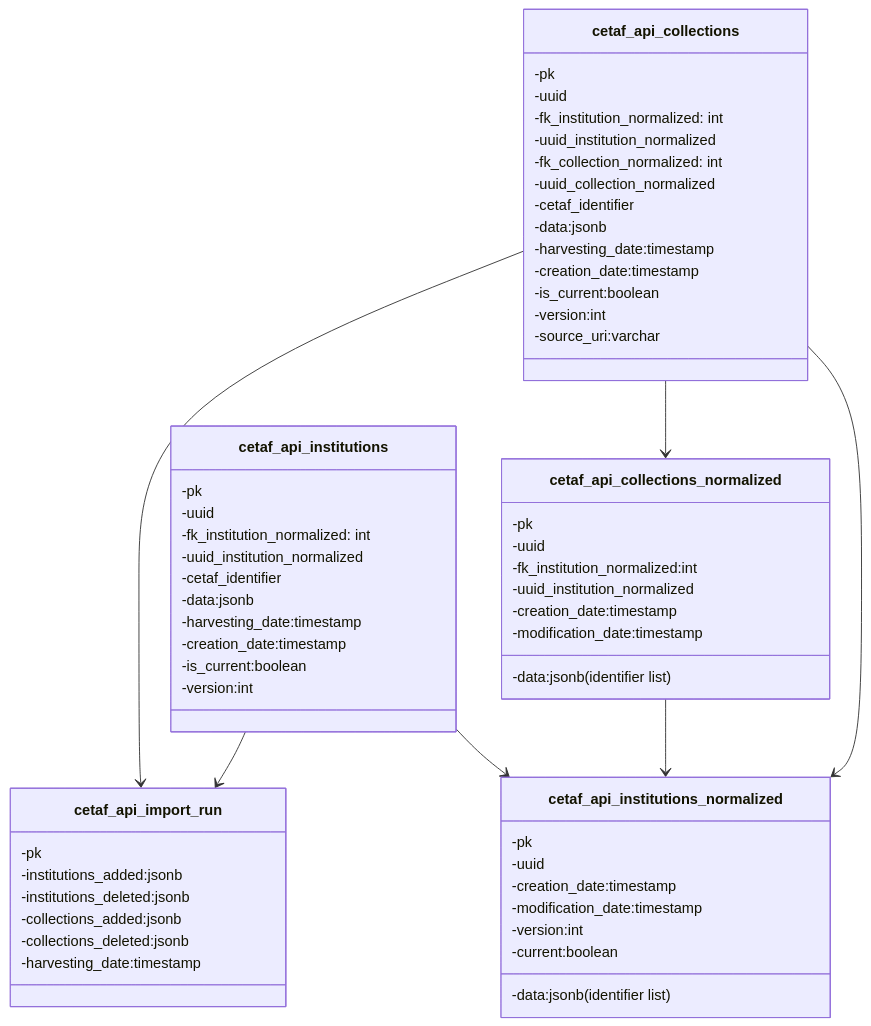
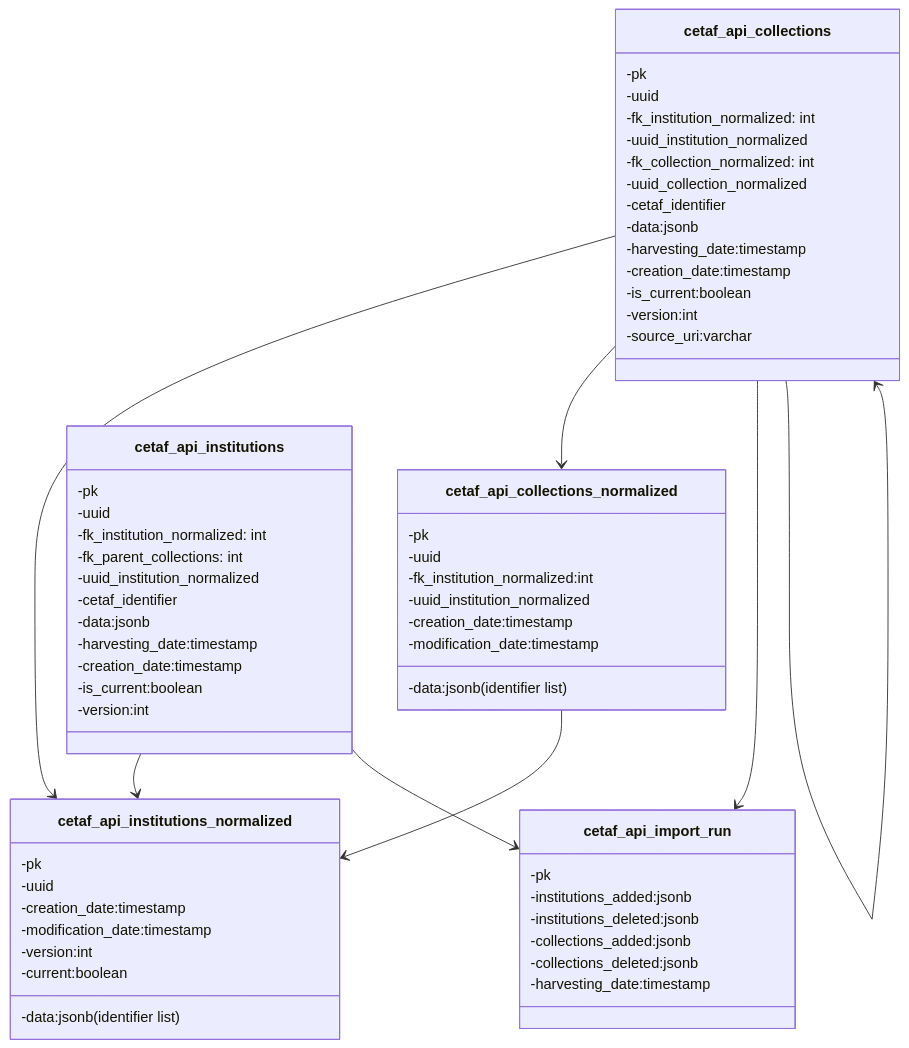
Before and after one commit to ftheeten/cetaf_metadata_api: the second of 2 diagrams in README.md, drawn with Mermaid.

Commit message:
recursive luk to parent collection

````diff
--- a/README.md
+++ b/README.md
@@ -65,64 +65,66 @@
   ```mermaid
   classDiagram
 class cetaf_api_import_run{
        -pk
        -institutions_added:jsonb
        -institutions_deleted:jsonb
        -collections_added:jsonb
        -collections_deleted:jsonb
        -harvesting_date:timestamp
 }
 class cetaf_api_institutions_normalized{
        -pk
        -uuid
        -data:jsonb (identifier list)
        -creation_date:timestamp
        -modification_date:timestamp
        -version:int
        -current:boolean
   }
  class cetaf_api_collections_normalized{
        -pk       
        -uuid
        -fk_institution_normalized:int
        -uuid_institution_normalized
        -data:jsonb (identifier list)
        -creation_date:timestamp
        -modification_date:timestamp
   }
   class cetaf_api_institutions{
        -pk
        -uuid
        -fk_institution_normalized: int
+       -fk_parent_collections: int
        -uuid_institution_normalized
        -cetaf_identifier
        -data:jsonb
        -harvesting_date:timestamp
        -creation_date:timestamp
        -is_current:boolean
        -version:int
   }
 class cetaf_api_collections{
        -pk
        -uuid
        -fk_institution_normalized: int
        -uuid_institution_normalized
        -fk_collection_normalized: int
        -uuid_collection_normalized
        -cetaf_identifier
        -data:jsonb
        -harvesting_date:timestamp
        -creation_date:timestamp
        -is_current:boolean
        -version:int
        -source_uri:varchar
   }
 
 
 cetaf_api_institutions-->cetaf_api_institutions_normalized
 cetaf_api_institutions-->cetaf_api_import_run
 cetaf_api_collections_normalized-->cetaf_api_institutions_normalized
 cetaf_api_collections-->cetaf_api_institutions_normalized
 cetaf_api_collections-->cetaf_api_collections_normalized
 cetaf_api_collections-->cetaf_api_import_run
+cetaf_api_collections-->cetaf_api_collections
   ```
````
